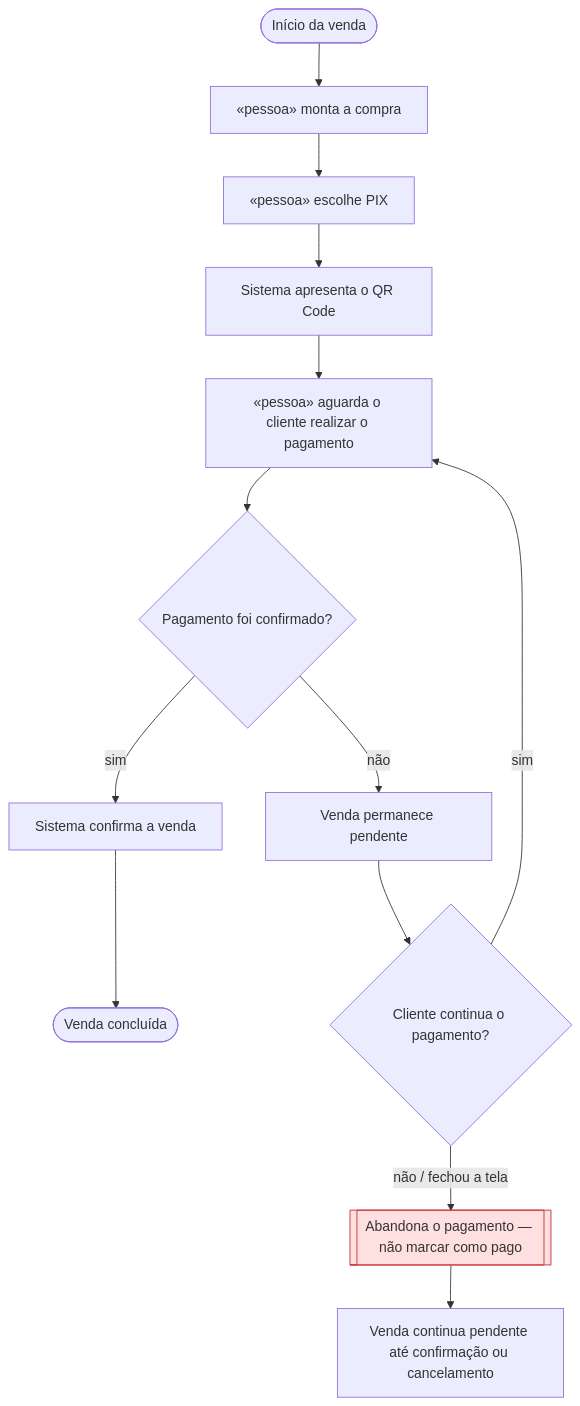
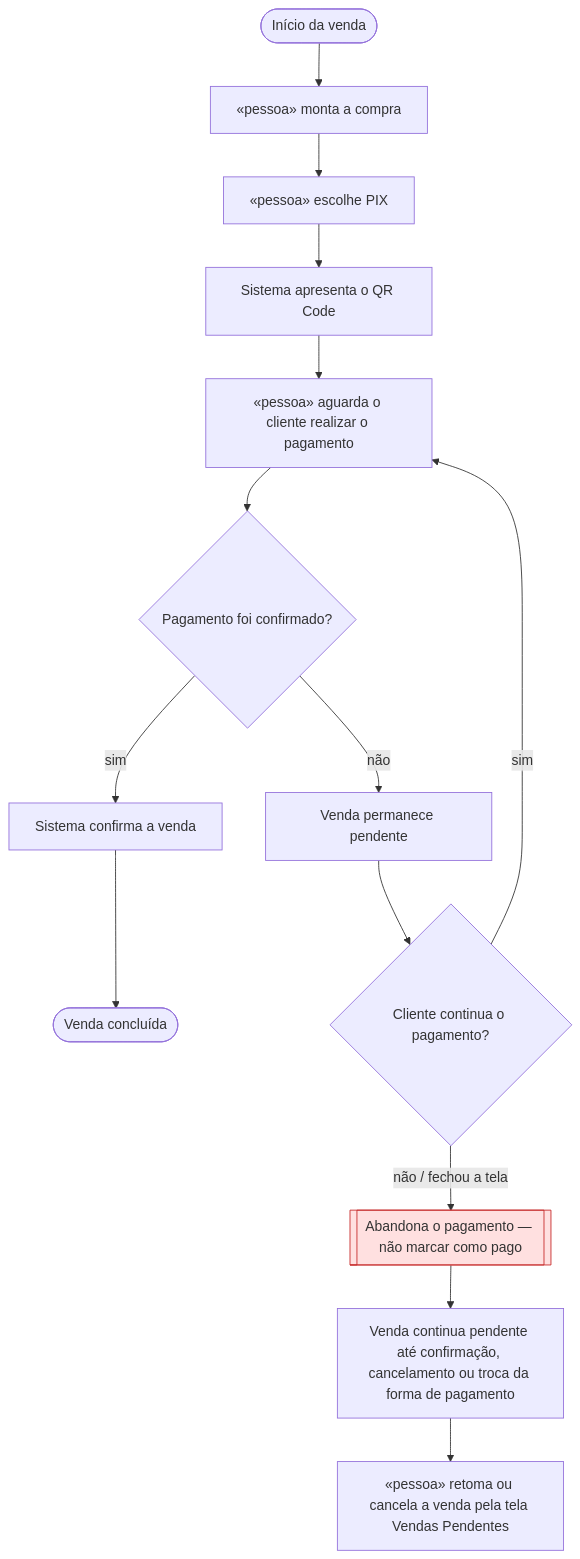
The diagram in docs/user-flows.md (JhonPaulMR/bleep-checkout), drawn with Mermaid before and after one commit. The commit also changed other lines of this file and 3 other files, not shown here.

````diff
--- a/docs/user-flows.md
+++ b/docs/user-flows.md
@@ -18,17 +18,18 @@
 ```mermaid
 flowchart TD
     A(["Início da venda"]) --> B["«pessoa» monta a compra"]
     B --> C["«pessoa» escolhe PIX"]
     C --> D["Sistema apresenta o QR Code"]
     D --> E["«pessoa» aguarda o cliente realizar o pagamento"]
     E --> F{"Pagamento foi confirmado?"}
     F -->|"sim"| G["Sistema confirma a venda"]
     G --> H(["Venda concluída"])
     F -->|"não"| I["Venda permanece pendente"]
     I --> J{"Cliente continua o pagamento?"}
     J -->|"sim"| E
     J -->|"não / fechou a tela"| X1[["Abandona o pagamento — não marcar como pago"]]
-    X1 --> K["Venda continua pendente até confirmação ou cancelamento"]
+    X1 --> K["Venda continua pendente até confirmação, cancelamento ou troca da forma de pagamento"]
+    K --> L["«pessoa» retoma ou cancela a venda pela tela Vendas Pendentes"]
 
     style X1 fill:#ffe0e0,stroke:#c62828
 ```
````
